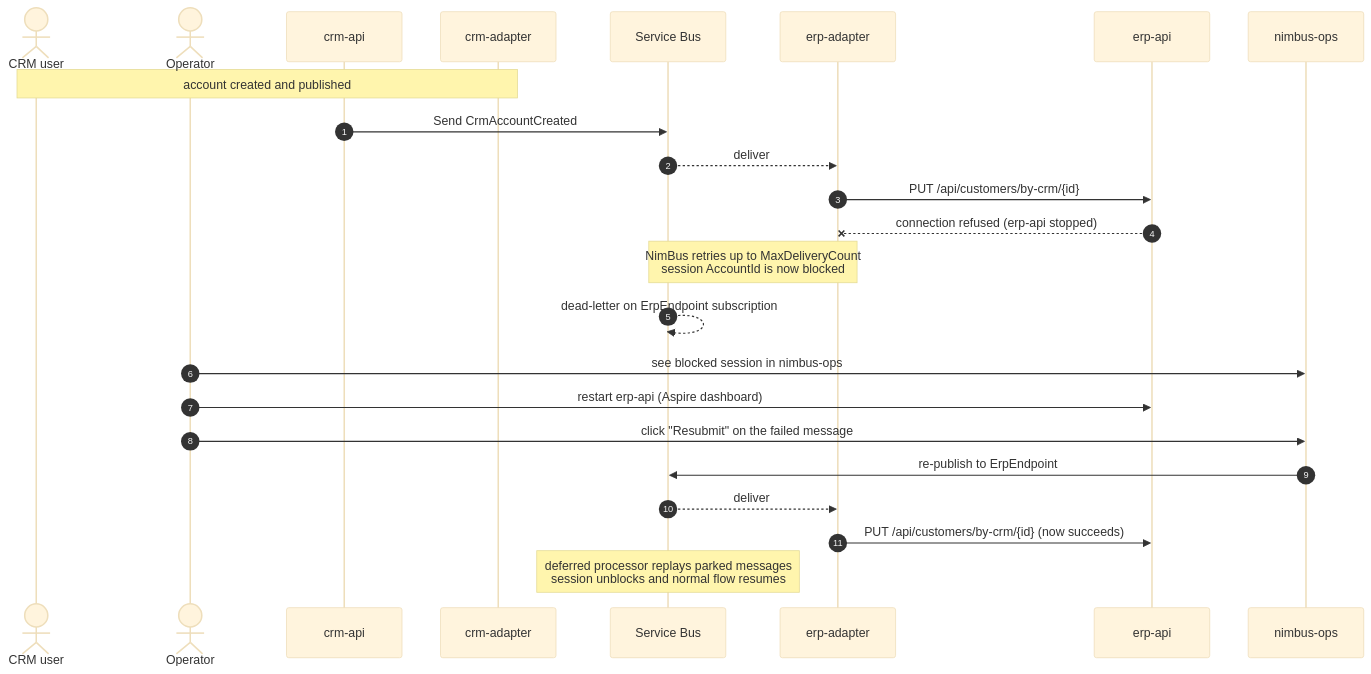
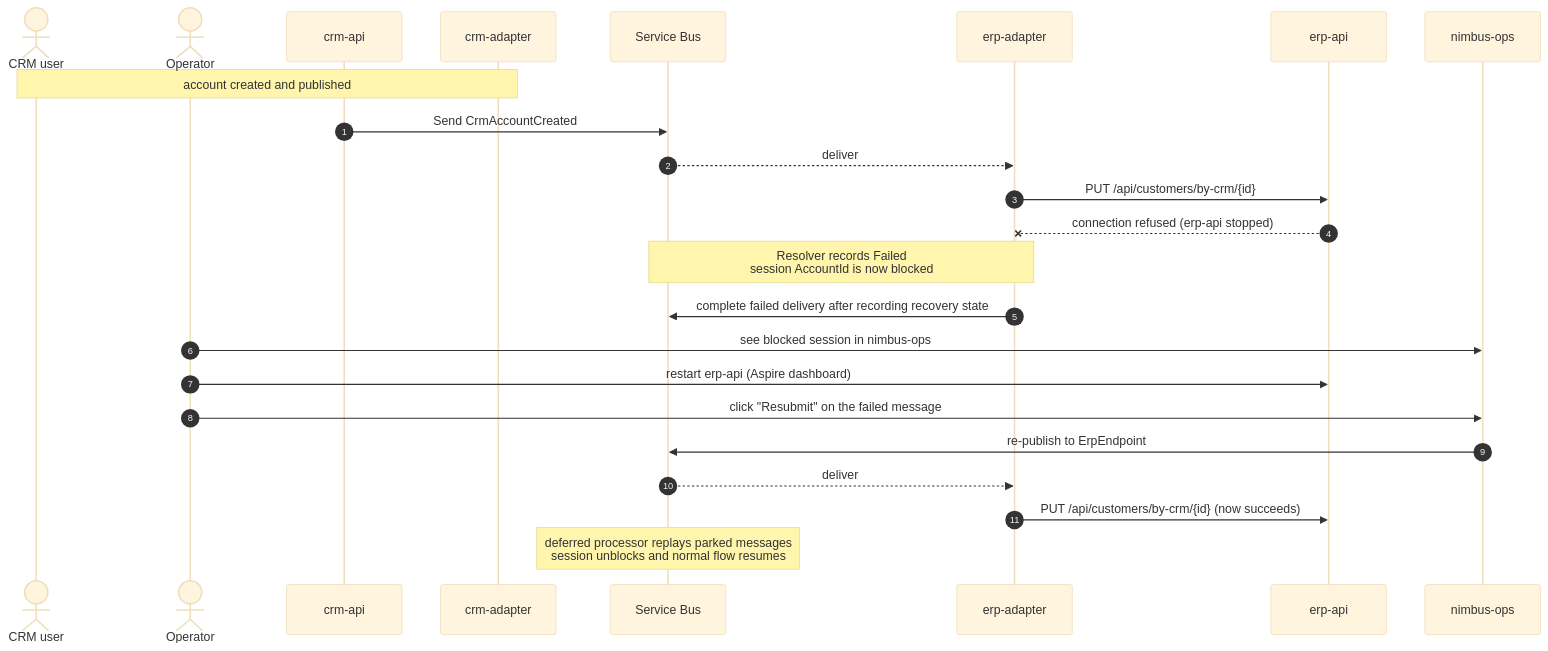
Before and after one commit to akakaule/NimBus: the sixth of 7 diagrams in samples/CrmErpDemo/README.md, drawn with Mermaid (base theme). The commit also changed other lines of this file and 53 other files, not shown here.

````diff
--- a/samples/CrmErpDemo/README.md
+++ b/samples/CrmErpDemo/README.md
@@ -257,30 +257,30 @@
 ```mermaid
 sequenceDiagram
     autonumber
     actor User as CRM user
     actor Op as Operator
     participant CrmApi as crm-api
     participant CrmAd as crm-adapter
     participant SB as Service Bus
     participant ErpAd as erp-adapter
     participant ErpApi as erp-api
     participant Ops as nimbus-ops
 
     Note over User,CrmAd: account created and published
     CrmApi->>SB: Send CrmAccountCreated
     SB-->>ErpAd: deliver
     ErpAd->>ErpApi: PUT /api/customers/by-crm/{id}
     ErpApi--xErpAd: connection refused (erp-api stopped)
 
-    Note over SB,ErpAd: NimBus retries up to MaxDeliveryCount<br/>session AccountId is now blocked
-    SB-->>SB: dead-letter on ErpEndpoint subscription
+    Note over SB,ErpAd: Resolver records Failed<br/>session AccountId is now blocked
+    ErpAd->>SB: complete failed delivery after recording recovery state
 
     Op->>Ops: see blocked session in nimbus-ops
     Op->>ErpApi: restart erp-api (Aspire dashboard)
     Op->>Ops: click "Resubmit" on the failed message
     Ops->>SB: re-publish to ErpEndpoint
     SB-->>ErpAd: deliver
     ErpAd->>ErpApi: PUT /api/customers/by-crm/{id} (now succeeds)
 
     Note over SB: deferred processor replays parked messages<br/>session unblocks and normal flow resumes
 ```
````
